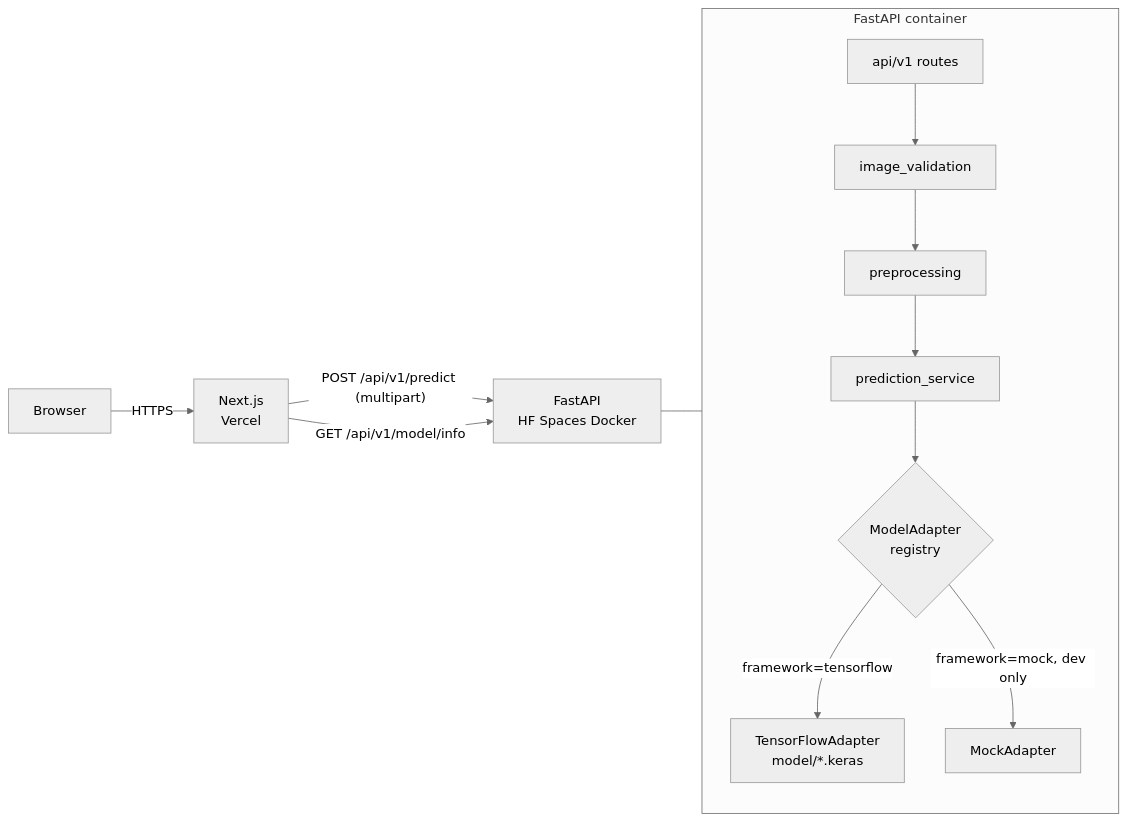
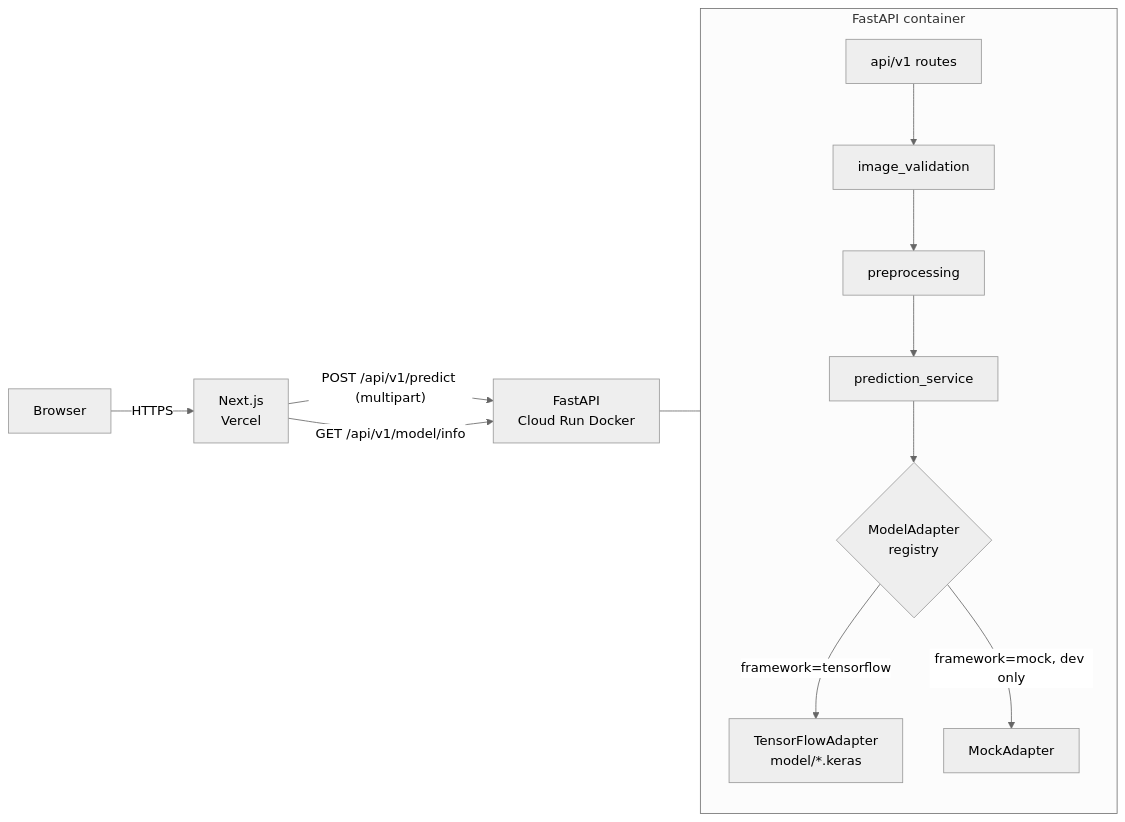
The first of 5 diagrams in docs/ARCHITECTURE.md (ahmedessam792/oral-disease-ai-classifier), drawn with Mermaid (neutral theme) before and after one commit. The commit also changed other lines of this file and 3 other files, not shown here.

````diff
--- a/docs/ARCHITECTURE.md
+++ b/docs/ARCHITECTURE.md
@@ -13,16 +13,16 @@
 ```mermaid
 flowchart LR
     U[Browser] -->|HTTPS| W[Next.js<br/>Vercel]
-    W -->|"POST /api/v1/predict (multipart)"| A[FastAPI<br/>HF Spaces Docker]
+    W -->|"POST /api/v1/predict (multipart)"| A[FastAPI<br/>Cloud Run Docker]
     W -->|GET /api/v1/model/info| A
     subgraph A2 [FastAPI container]
         direction TB
         R[api/v1 routes] --> V[image_validation]
         V --> P[preprocessing]
         P --> S[prediction_service]
         S --> AD{ModelAdapter<br/>registry}
         AD -->|framework=tensorflow| TF[TensorFlowAdapter<br/>model/*.keras]
         AD -->|framework=mock, dev only| MK[MockAdapter]
     end
     A --- A2
 ```
````
